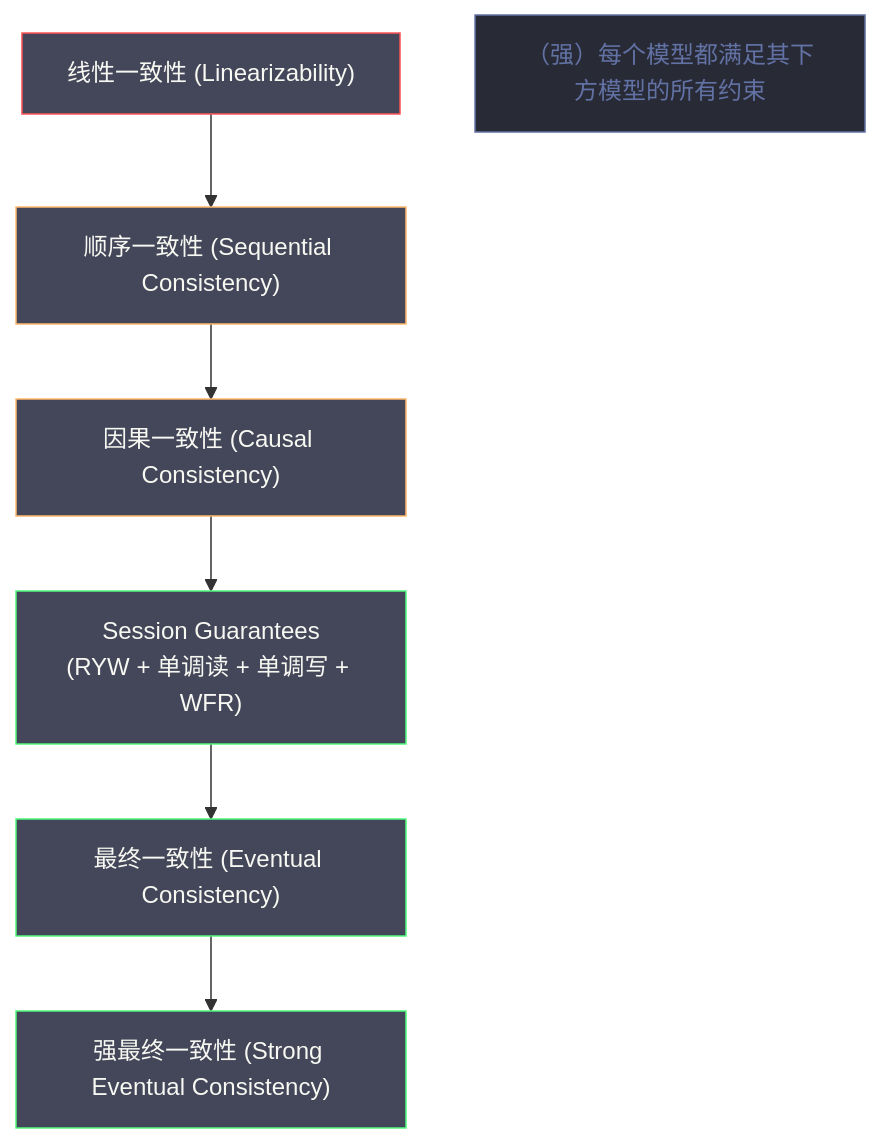
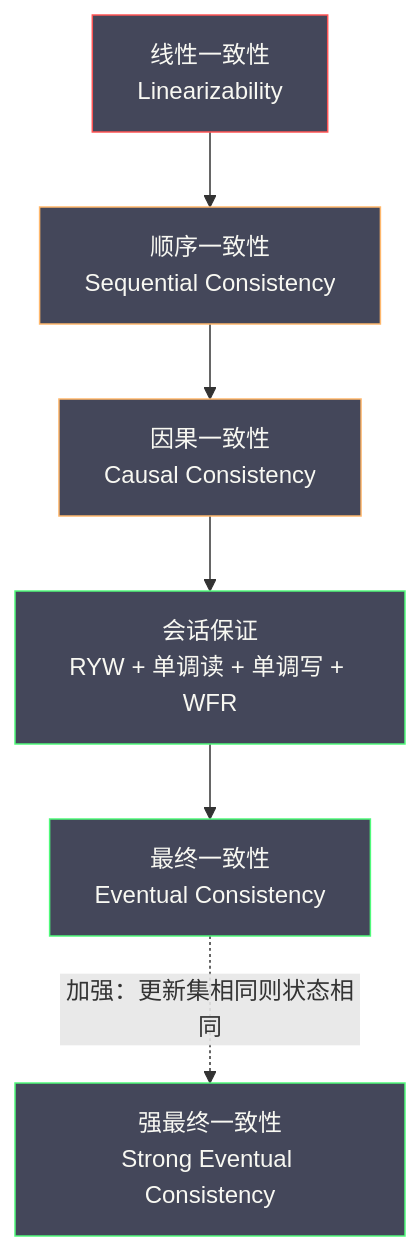
One commit to hpliStartAgain/my-brain changed the second of 4 diagrams in content/分布式架构/分布式系统原理与协议/09 分布式系统的一致性模型谱系.md. Above: the diagram before and after it, drawn with Mermaid. The commit also changed other lines of this file and 259 other files, not shown here.

````diff
--- a/content/分布式架构/分布式系统原理与协议/09 分布式系统的一致性模型谱系.md
+++ b/content/分布式架构/分布式系统原理与协议/09 分布式系统的一致性模型谱系.md
@@ -393,28 +397,23 @@
 ```mermaid
 %%{init: {'theme': 'dracula'}}%%
 graph TD
-    L["线性一致性 (Linearizability)"]
-    S["顺序一致性 (Sequential Consistency)"]
-    C["因果一致性 (Causal Consistency)"]
-    SG["Session Guarantees</br>(RYW + 单调读 + 单调写 + WFR)"]
-    EC["最终一致性 (Eventual Consistency)"]
-    SEC["强最终一致性 (Strong Eventual Consistency)"]
+    L["线性一致性<br/>Linearizability"]
+    S["顺序一致性<br/>Sequential Consistency"]
+    C["因果一致性<br/>Causal Consistency"]
+    SG["会话保证<br/>RYW + 单调读 + 单调写 + WFR"]
+    EC["最终一致性<br/>Eventual Consistency"]
+    SEC["强最终一致性<br/>Strong Eventual Consistency"]
 
     L --> S
     S --> C
     C --> SG
     SG --> EC
-    EC --> SEC
-
-    Note1["（强）每个模型都满足其下方模型的所有约束"]
+    EC -.->|"加强：更新集相同则状态相同"| SEC
 
     classDef strong fill:#44475a,stroke:#ff5555,color:#f8f8f2
     classDef medium fill:#44475a,stroke:#ffb86c,color:#f8f8f2
     classDef weak fill:#44475a,stroke:#50fa7b,color:#f8f8f2
-    classDef note fill:#282a36,stroke:#6272a4,color:#6272a4
-
     class L strong
     class S,C medium
     class SG,EC,SEC weak
-    class Note1 note
 ```
````
